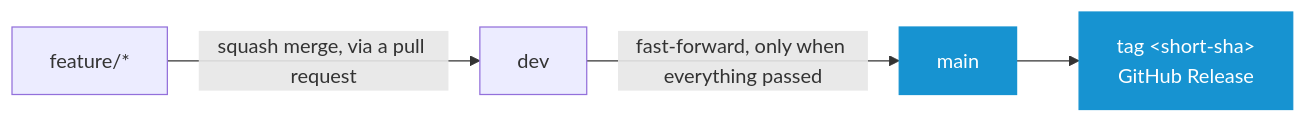
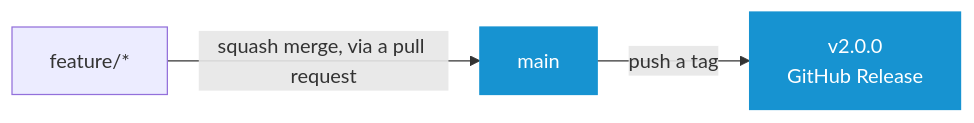
The first of 2 diagrams in docs/CONTRIBUTING.md (murkl/arch-os), drawn with Mermaid before and after one commit. The commit also changed other lines of this file and 9 other files, not shown here.

Commit message:
Refactor: Release from tags on main and drop the dev branch

````diff
--- a/docs/CONTRIBUTING.md
+++ b/docs/CONTRIBUTING.md
@@ -7,9 +7,8 @@
 ```mermaid
 flowchart LR
-    F["feature/*"] -->|"squash merge, via a pull request"| D["dev"]
-    D -->|"fast-forward, only when everything passed"| M["main"]
-    M --> R["tag &lt;short-sha&gt;<br/>GitHub Release"]
+    F["feature/*"] -->|"squash merge, via a pull request"| M["main"]
+    M -->|"push a tag"| R["v2.0.0<br/>GitHub Release"]
 
     style M fill:#1793d1,stroke:#1793d1,color:#fff
     style R fill:#1793d1,stroke:#1793d1,color:#fff
 ```
````
